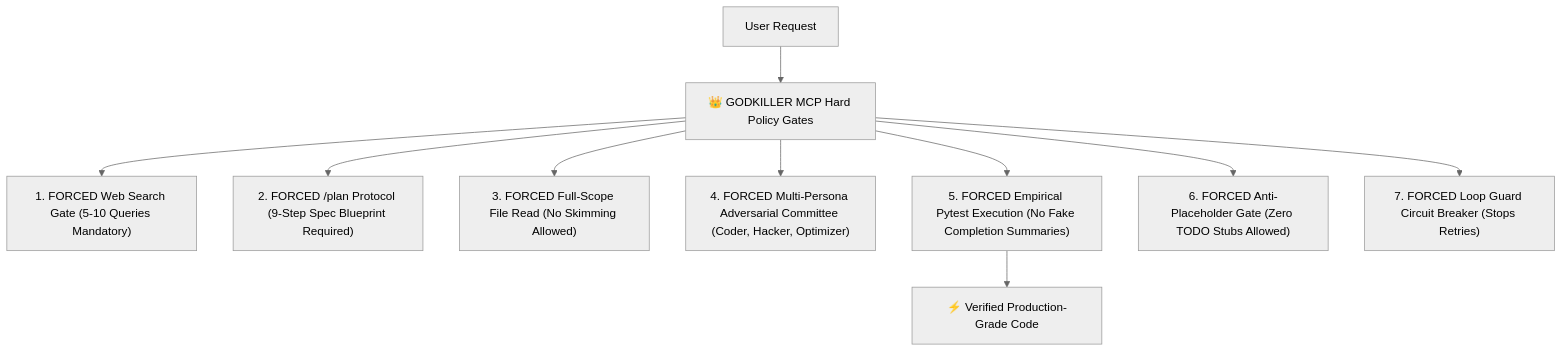
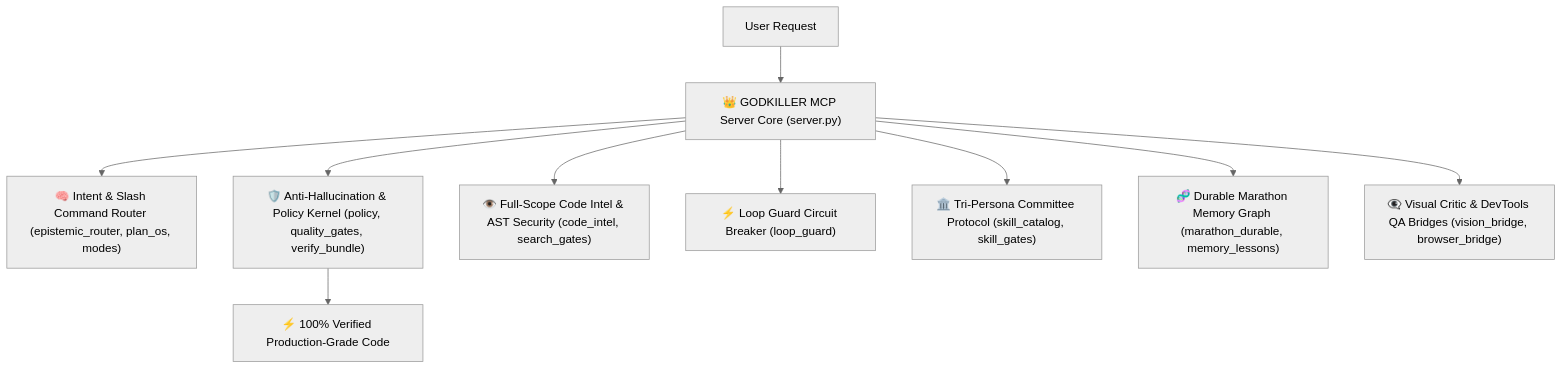
The first of 2 diagrams in README.md (taurus42119-stack/godkiller-mcp), drawn with Mermaid (neutral theme) before and after one commit. The commit also changed other lines of this file, not shown here.

Commit message:
docs: Add Core Architecture section detailing all 23 engine modules and capabilities

````diff
--- a/README.md
+++ b/README.md
@@ -37,12 +35,12 @@
 ```mermaid
 graph TD
-    A["User Request"] --> B["👑 GODKILLER MCP Hard Policy Gates"]
-    B --> C["1. FORCED Web Search Gate (5-10 Queries Mandatory)"]
-    B --> D["2. FORCED /plan Protocol (9-Step Spec Blueprint Required)"]
-    B --> E["3. FORCED Full-Scope File Read (No Skimming Allowed)"]
-    B --> F["4. FORCED Multi-Persona Adversarial Committee (Coder, Hacker, Optimizer)"]
-    B --> G["5. FORCED Empirical Pytest Execution (No Fake Completion Summaries)"]
-    B --> H["6. FORCED Anti-Placeholder Gate (Zero TODO Stubs Allowed)"]
-    B --> I["7. FORCED Loop Guard Circuit Breaker (Stops Retries)"]
-    G --> J["⚡ Verified Production-Grade Code"]
+    A["User Request"] --> B["👑 GODKILLER MCP Server Core (server.py)"]
+    B --> C["🧠 Intent & Slash Command Router (epistemic_router, plan_os, modes)"]
+    B --> D["🛡️ Anti-Hallucination & Policy Kernel (policy, quality_gates, verify_bundle)"]
+    B --> E["👁️ Full-Scope Code Intel & AST Security (code_intel, search_gates)"]
+    B --> F["⚡ Loop Guard Circuit Breaker (loop_guard)"]
+    B --> G["🏛️ Tri-Persona Committee Protocol (skill_catalog, skill_gates)"]
+    B --> H["🧬 Durable Marathon Memory Graph (marathon_durable, memory_lessons)"]
+    B --> I["👁️‍🗨️ Visual Critic & DevTools QA Bridges (vision_bridge, browser_bridge)"]
+    D --> J["⚡ 100% Verified Production-Grade Code"]
 ```
````
